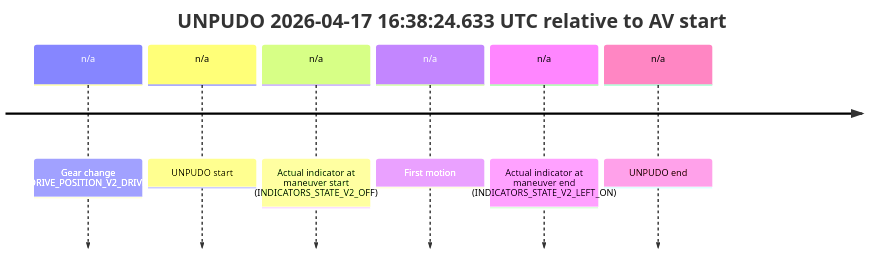
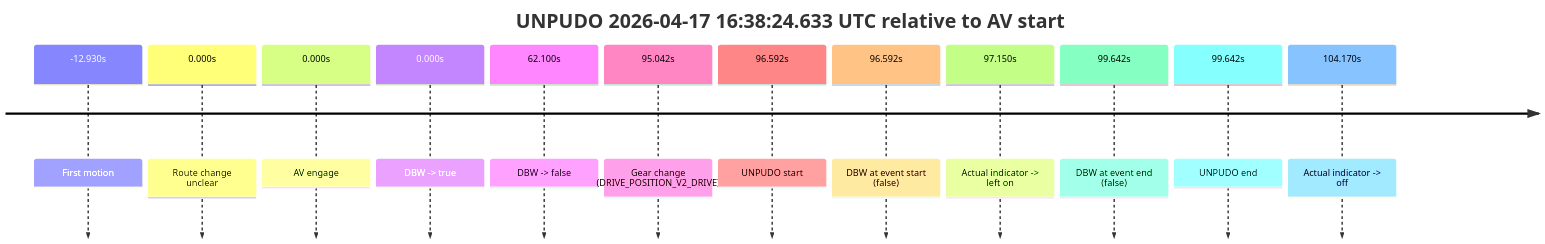
Before and after one commit to yoelshapiro/vault: the first of 3 diagrams in model_analysis/report_cards/2026/04/Week-3/fme10011--2026-04-17--16-21-28--gen2-av-42978ead-95b1-4c93-ae74-d01ce75d27e9.md, drawn with Mermaid. The commit also changed other lines of this file and 85 other files, not shown here.

````diff
--- a/model_analysis/report_cards/2026/04/Week-3/fme10011--2026-04-17--16-21-28--gen2-av-42978ead-95b1-4c93-ae74-d01ce75d27e9.md
+++ b/model_analysis/report_cards/2026/04/Week-3/fme10011--2026-04-17--16-21-28--gen2-av-42978ead-95b1-4c93-ae74-d01ce75d27e9.md
@@ -39,10 +45,16 @@
 ```mermaid
 timeline
     title UNPUDO 2026-04-17 16:38:24.633 UTC relative to AV start
-    n/a : Gear change (DRIVE_POSITION_V2_DRIVE)
-    n/a : UNPUDO start
-    n/a : Actual indicator at maneuver start (INDICATORS_STATE_V2_OFF)
-    n/a : First motion
-    n/a : Actual indicator at maneuver end (INDICATORS_STATE_V2_LEFT_ON)
-    n/a : UNPUDO end
+    -12.930s : First motion
+    0.000s : Route change unclear
+    0.000s : AV engage
+    0.000s : DBW -> true
+    62.100s : DBW -> false
+    95.042s : Gear change (DRIVE_POSITION_V2_DRIVE)
+    96.592s : UNPUDO start
+    96.592s : DBW at event start (false)
+    97.150s : Actual indicator -> left on
+    99.642s : DBW at event end (false)
+    99.642s : UNPUDO end
+    104.170s : Actual indicator -> off
 ```
````
